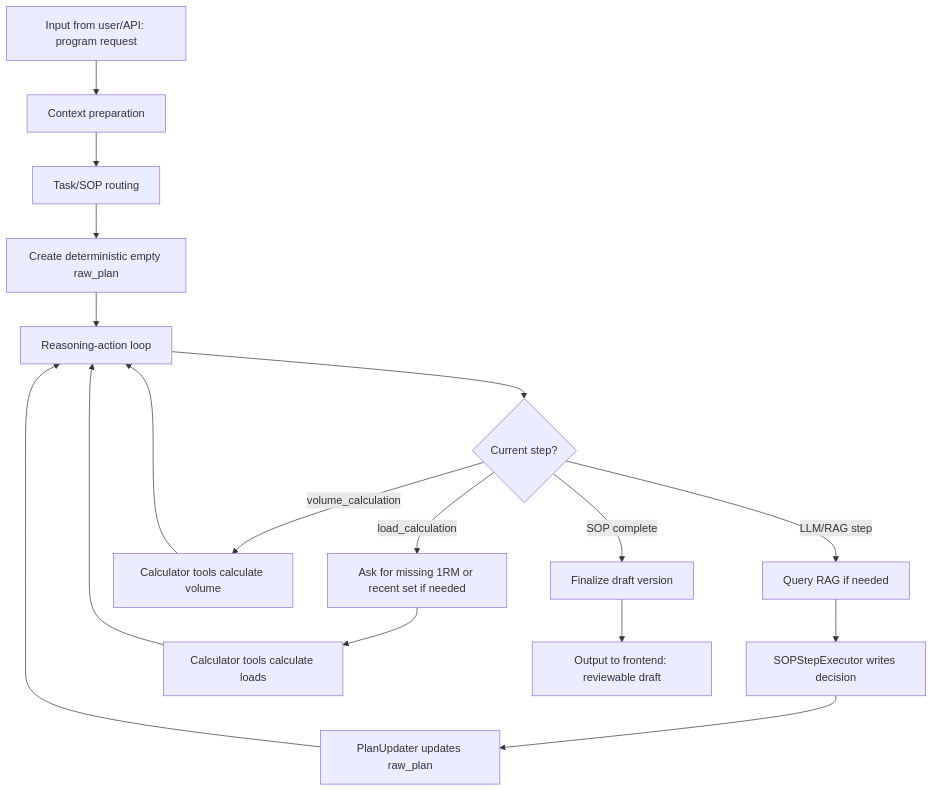
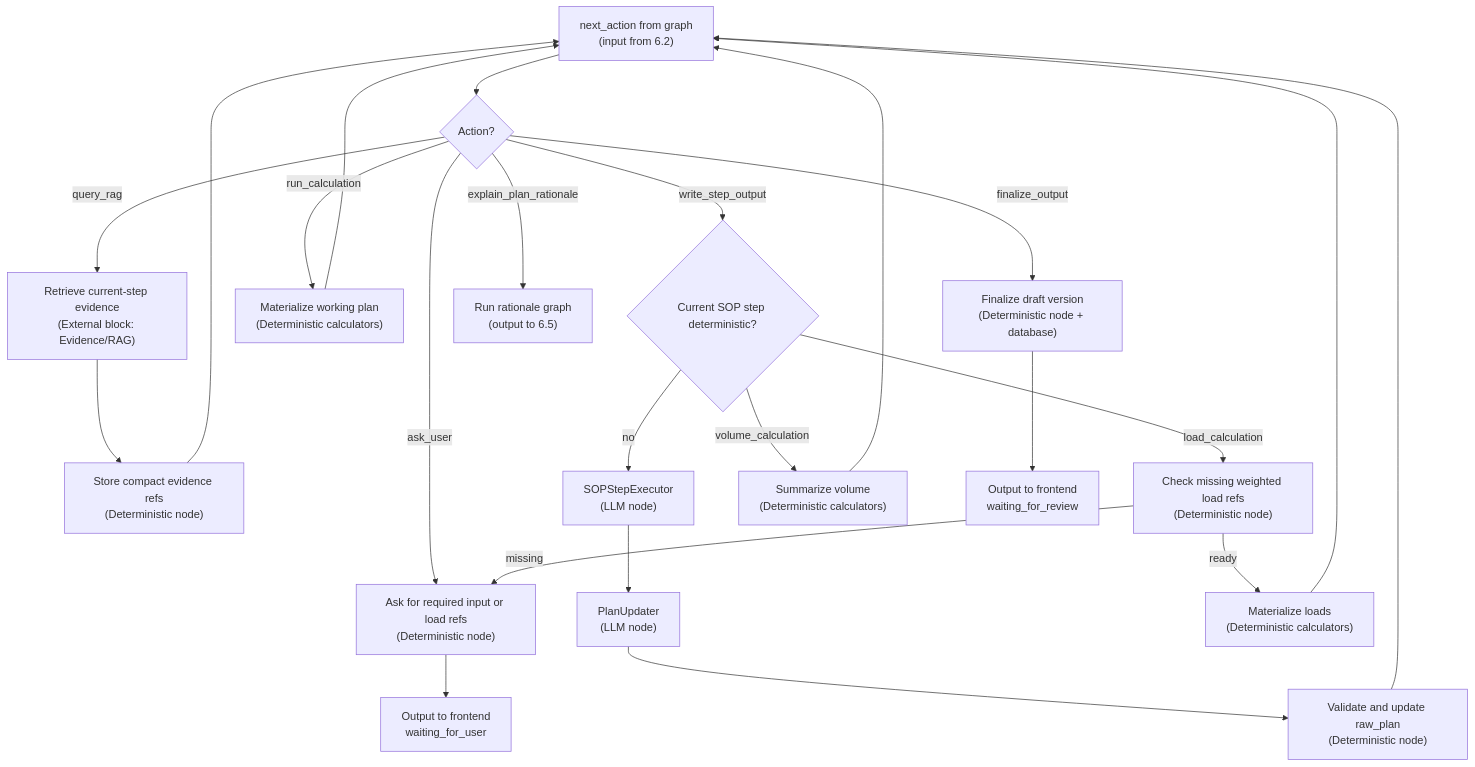
One commit to HanWang575/Agentic_Training_Plan_Generator changed the third of 5 diagrams in docs/functions/program_generation_stepwise_outline.md. Above: the diagram before and after it, drawn with Mermaid. The commit also changed other lines of this file and 5 other files, not shown here.

Commit message:
Refine program generation load calculations

````diff
--- a/docs/functions/program_generation_stepwise_outline.md
+++ b/docs/functions/program_generation_stepwise_outline.md
@@ -116,19 +166,25 @@
 ```mermaid
 flowchart TD
-  A["Input from user/API: program request"] --> B["Context preparation"]
-  B --> C["Task/SOP routing"]
-  C --> D["Create deterministic empty raw_plan"]
-  D --> E["Reasoning-action loop"]
-  E --> F{"Current step?"}
-  F -->|LLM/RAG step| G["Query RAG if needed"]
-  G --> H["SOPStepExecutor writes decision"]
-  H --> I["PlanUpdater updates raw_plan"]
-  I --> E
-  F -->|load_calculation| J["Ask for missing 1RM or recent set if needed"]
-  J --> K["Calculator tools calculate loads"]
-  K --> E
-  F -->|volume_calculation| L["Calculator tools calculate volume"]
-  L --> E
-  F -->|SOP complete| M["Finalize draft version"]
-  M --> N["Output to frontend: reviewable draft"]
+  A["next_action from graph<br/>(input from 6.2)"] --> B{"Action?"}
+  B -->|ask_user| C["Ask for required input or load refs<br/>(Deterministic node)"]
+  C --> Z["Output to frontend<br/>waiting_for_user"]
+  B -->|query_rag| D["Retrieve current-step evidence<br/>(External block: Evidence/RAG)"]
+  D --> E["Store compact evidence refs<br/>(Deterministic node)"]
+  E --> A
+  B -->|write_step_output| F{"Current SOP step deterministic?"}
+  F -->|no| G["SOPStepExecutor<br/>(LLM node)"]
+  G --> H["PlanUpdater<br/>(LLM node)"]
+  H --> I["Validate and update raw_plan<br/>(Deterministic node)"]
+  I --> A
+  F -->|load_calculation| J["Check missing weighted load refs<br/>(Deterministic node)"]
+  J -->|missing| C
+  J -->|ready| K["Materialize loads<br/>(Deterministic calculators)"]
+  K --> A
+  F -->|volume_calculation| L["Summarize volume<br/>(Deterministic calculators)"]
+  L --> A
+  B -->|run_calculation| M["Materialize working plan<br/>(Deterministic calculators)"]
+  M --> A
+  B -->|finalize_output| N["Finalize draft version<br/>(Deterministic node + database)"]
+  N --> Y["Output to frontend<br/>waiting_for_review"]
+  B -->|explain_plan_rationale| R["Run rationale graph<br/>(output to 6.5)"]
 ```
````
